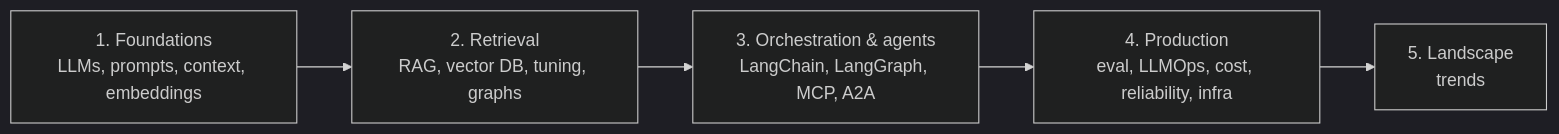
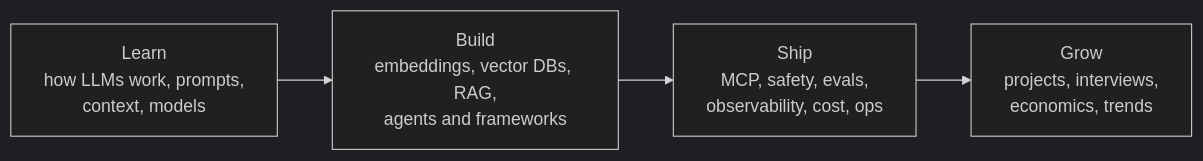
Before and after one commit to klnjoy/offerready: the diagram in content/GenAI-Topics/index.md, drawn with Mermaid (dark theme). The commit also changed other lines of this file, not shown here.

First line of the commit message:
Library: Learn, Build, Ship, Grow topic map (#106)

````diff
--- a/content/GenAI-Topics/index.md
+++ b/content/GenAI-Topics/index.md
@@ -20,7 +24,6 @@
 ```mermaid
 flowchart LR
-    F[1. Foundations<br/>LLMs, prompts, context, embeddings] --> R[2. Retrieval<br/>RAG, vector DB, tuning, graphs]
-    R --> O[3. Orchestration & agents<br/>LangChain, LangGraph, MCP, A2A]
-    O --> P[4. Production<br/>eval, LLMOps, cost, reliability, infra]
-    P --> T[5. Landscape<br/>trends]
+    L[Learn<br/>how LLMs work, prompts,<br/>context, models] --> B[Build<br/>embeddings, vector DBs, RAG,<br/>agents and frameworks]
+    B --> S[Ship<br/>MCP, safety, evals,<br/>observability, cost, ops]
+    S --> G[Grow<br/>projects, interviews,<br/>economics, trends]
 ```
````
